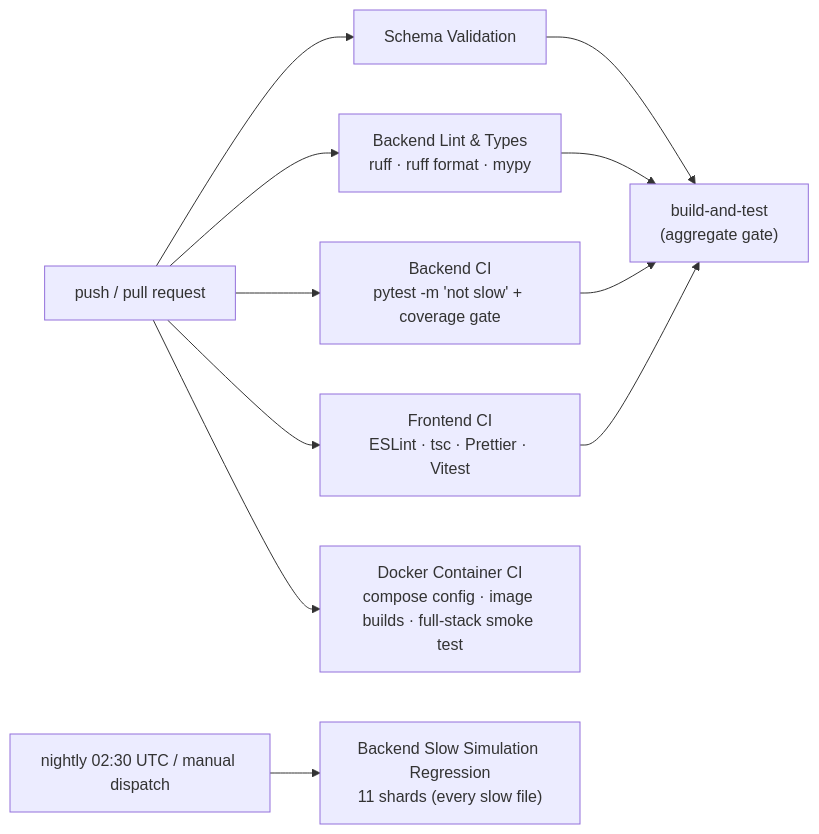
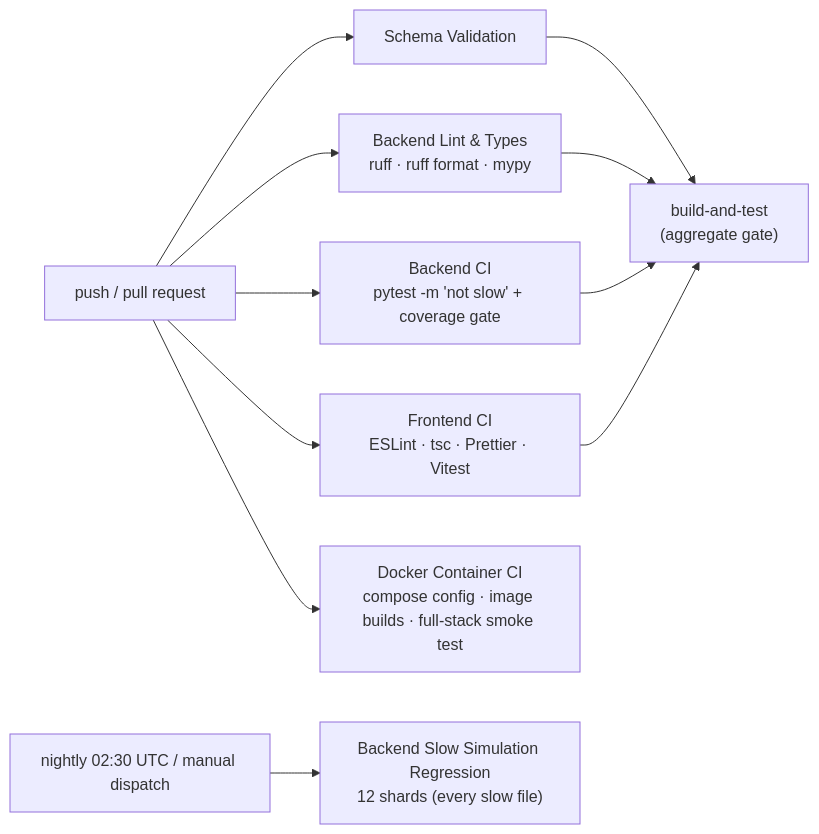
The second of 2 diagrams in docs/testing/README.md (Viraj281105/Traffic-Simulation), drawn with Mermaid before and after one commit. The commit also changed other lines of this file and 7 other files, not shown here.

Commit message:
docs: add comprehensive documentation and architectural readmes for frontend, shared layer, and system architecture

````diff
--- a/docs/testing/README.md
+++ b/docs/testing/README.md
@@ -133,10 +131,10 @@
 ```mermaid
 flowchart LR
     P["push / pull request"] --> V["Schema Validation"]
     P --> BL["Backend Lint & Types<br/>ruff · ruff format · mypy"]
     P --> BT["Backend CI<br/>pytest -m 'not slow' + coverage gate"]
     P --> FE["Frontend CI<br/>ESLint · tsc · Prettier · Vitest"]
     V & BL & BT & FE --> G["build-and-test<br/>(aggregate gate)"]
     P --> DK["Docker Container CI<br/>compose config · image builds · full-stack smoke test"]
-    N["nightly 02:30 UTC / manual dispatch"] --> SL["Backend Slow Simulation Regression<br/>11 shards (every slow file)"]
+    N["nightly 02:30 UTC / manual dispatch"] --> SL["Backend Slow Simulation Regression<br/>12 shards (every slow file)"]
 ```
````
